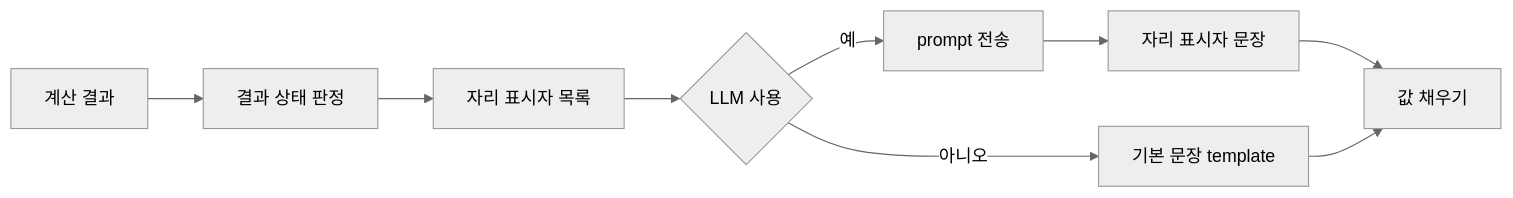
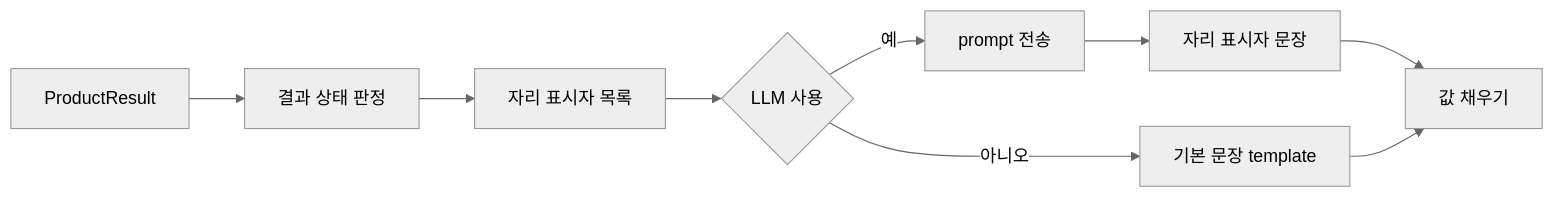
Before and after one commit to IpgoITGO/ipgo-ai: the diagram in docs/ai-insight/prompt-and-fallback.md, drawn with Mermaid (neutral theme). The commit also changed other lines of this file, not shown here.

````diff
--- a/docs/ai-insight/prompt-and-fallback.md
+++ b/docs/ai-insight/prompt-and-fallback.md
@@ -9,11 +10,11 @@
 ```mermaid
 flowchart LR
-    A[계산 결과] --> B[결과 상태 판정]
+    A[ProductResult] --> B[결과 상태 판정]
     B --> C[자리 표시자 목록]
     C --> D{LLM 사용}
     D -- 예 --> E[prompt 전송]
     E --> F[자리 표시자 문장]
     D -- 아니오 --> G[기본 문장 template]
     F --> H[값 채우기]
     G --> H
 ```
````
